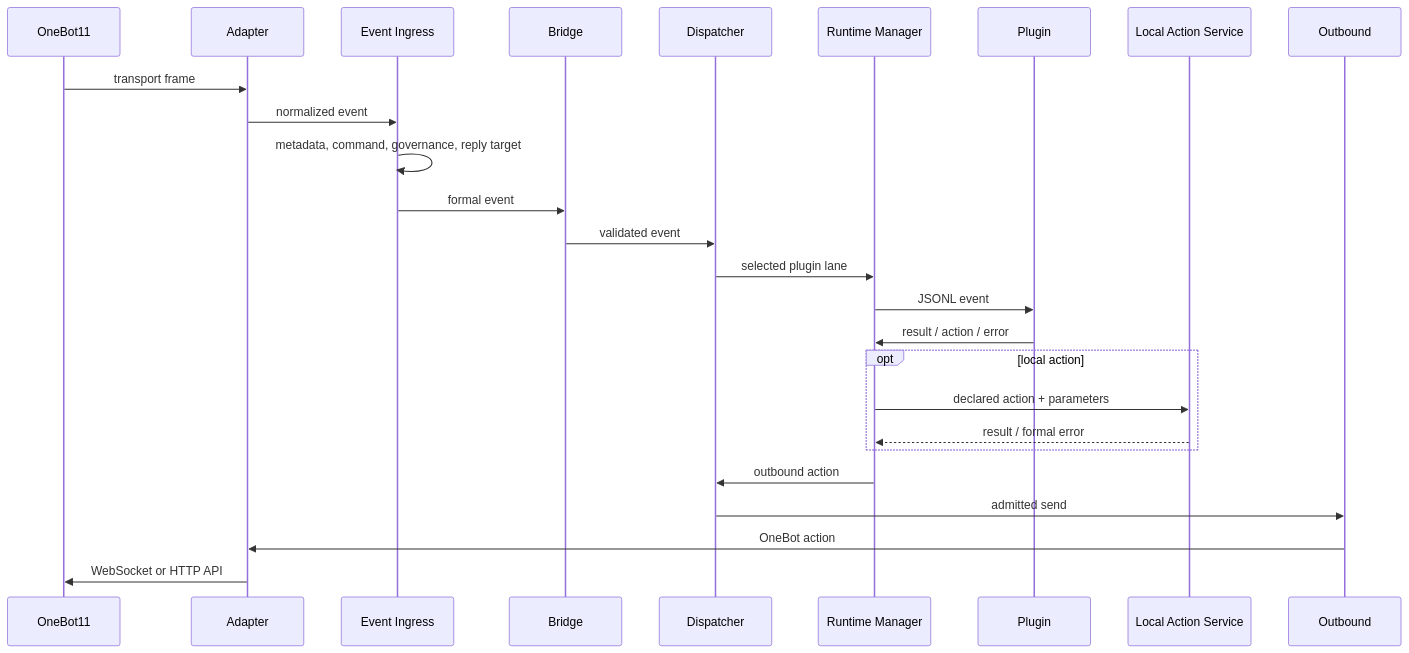
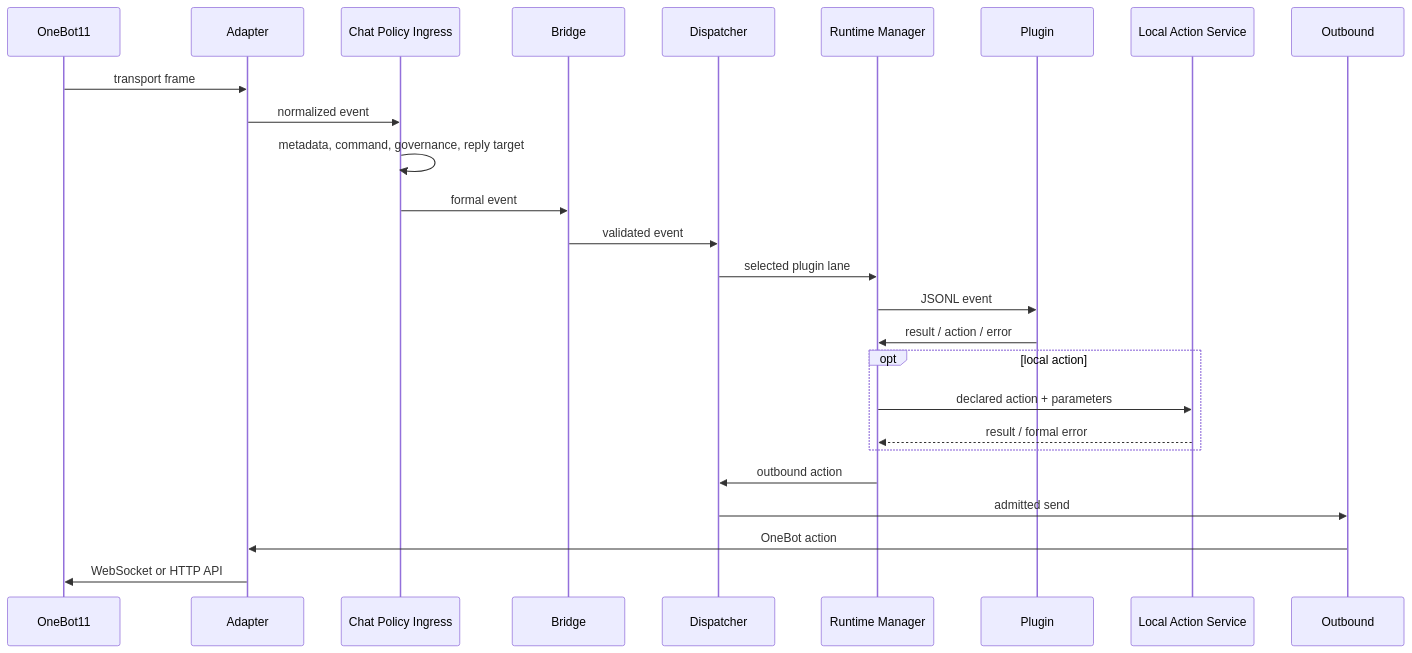
Before and after one commit to RayleaBot/RayleaBot: the first of 2 diagrams in docs/architecture/message-flow.md, drawn with Mermaid. The commit also changed other lines of this file and 38 other files, not shown here.

Commit message:
docs: reconcile architecture and operational guidance

````diff
--- a/docs/architecture/message-flow.md
+++ b/docs/architecture/message-flow.md
@@ -7,29 +7,29 @@
 ```mermaid
 sequenceDiagram
     participant OB as OneBot11
     participant AD as Adapter
-    participant IN as Event Ingress
+    participant IN as Chat Policy Ingress
     participant BR as Bridge
     participant DP as Dispatcher
     participant RT as Runtime Manager
     participant PL as Plugin
     participant LA as Local Action Service
     participant OUT as Outbound
 
     OB->>AD: transport frame
     AD->>IN: normalized event
     IN->>IN: metadata, command, governance, reply target
     IN->>BR: formal event
     BR->>DP: validated event
     DP->>RT: selected plugin lane
     RT->>PL: JSONL event
     PL->>RT: result / action / error
     opt local action
         RT->>LA: declared action + parameters
         LA-->>RT: result / formal error
     end
     RT->>DP: outbound action
     DP->>OUT: admitted send
     OUT->>AD: OneBot action
     AD->>OB: WebSocket or HTTP API
 ```
````
